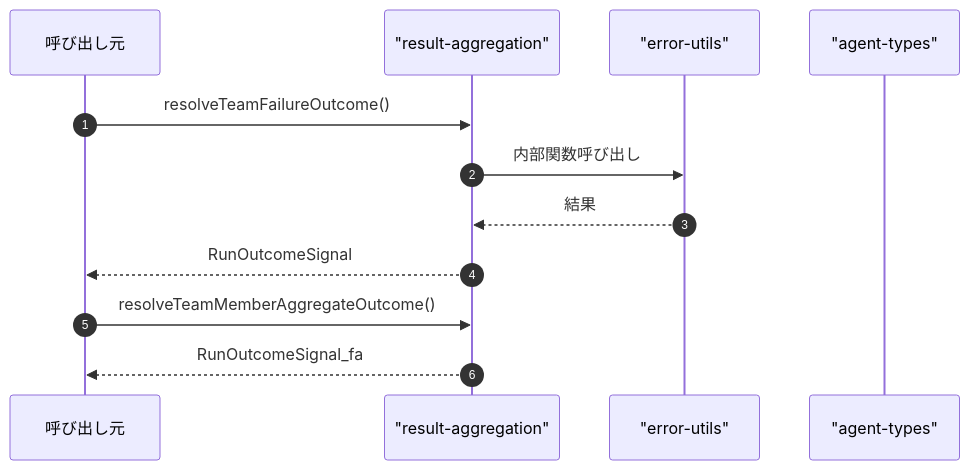
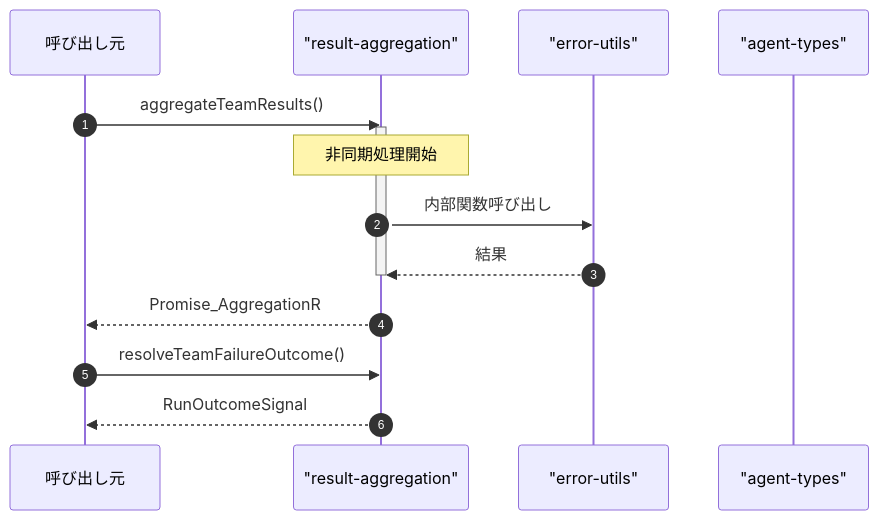
One commit to Mekann2904/mekann changed the third of 3 diagrams in ABDD/.pi/extensions/agent-teams/result-aggregation.md. Above: the diagram before and after it, drawn with Mermaid. The commit also changed other lines of this file and 257 other files, not shown here.

````diff
--- a/ABDD/.pi/extensions/agent-teams/result-aggregation.md
+++ b/ABDD/.pi/extensions/agent-teams/result-aggregation.md
@@ -69,16 +84,19 @@
 ```mermaid
 sequenceDiagram
   autonumber
   participant Caller as 呼び出し元
   participant result_aggregation as "result-aggregation"
   participant error_utils as "error-utils"
   participant agent_types as "agent-types"
 
-  Caller->>result_aggregation: resolveTeamFailureOutcome()
+  Caller->>result_aggregation: aggregateTeamResults()
+  activate result_aggregation
+  Note over result_aggregation: 非同期処理開始
   result_aggregation->>error_utils: 内部関数呼び出し
   error_utils-->>result_aggregation: 結果
+  deactivate result_aggregation
+  result_aggregation-->>Caller: Promise_AggregationR
+
+  Caller->>result_aggregation: resolveTeamFailureOutcome()
   result_aggregation-->>Caller: RunOutcomeSignal
-
-  Caller->>result_aggregation: resolveTeamMemberAggregateOutcome()
-  result_aggregation-->>Caller: RunOutcomeSignal_fa
 ```
````
